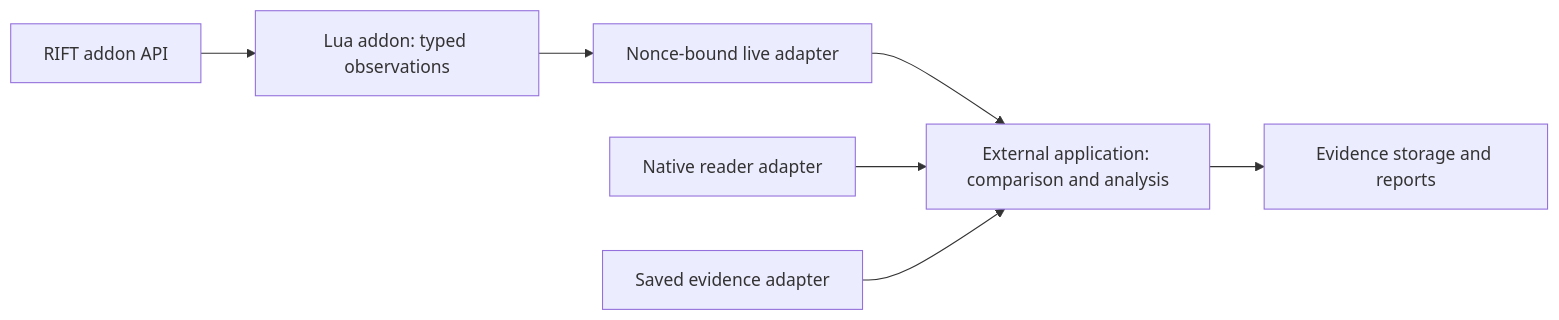
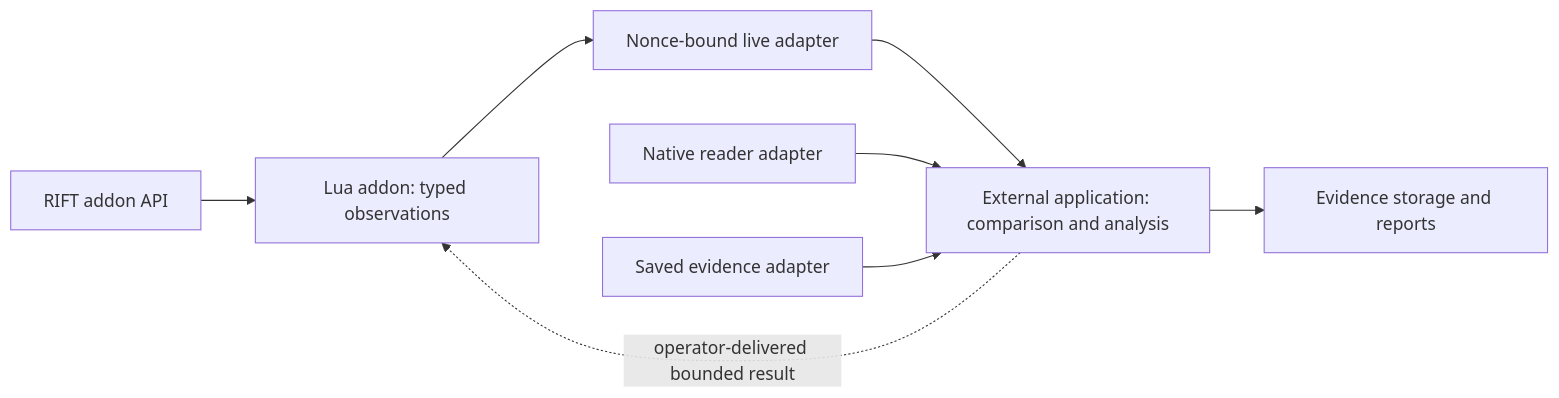
The diagram in docs/architecture.md (360madden/riftreader2), drawn with Mermaid before and after one commit. The commit also changed other lines of this file and 18 other files, not shown here.

````diff
--- a/docs/architecture.md
+++ b/docs/architecture.md
@@ -23,9 +23,10 @@
 ```mermaid
 flowchart LR
     API[RIFT addon API] --> Lua[Lua addon: typed observations]
     Lua --> Bridge[Nonce-bound live adapter]
     Bridge --> App[External application: comparison and analysis]
     Native[Native reader adapter] --> App
     Replay[Saved evidence adapter] --> App
     App --> Store[Evidence storage and reports]
+    App -. operator-delivered bounded result .-> Lua
 ```
````
